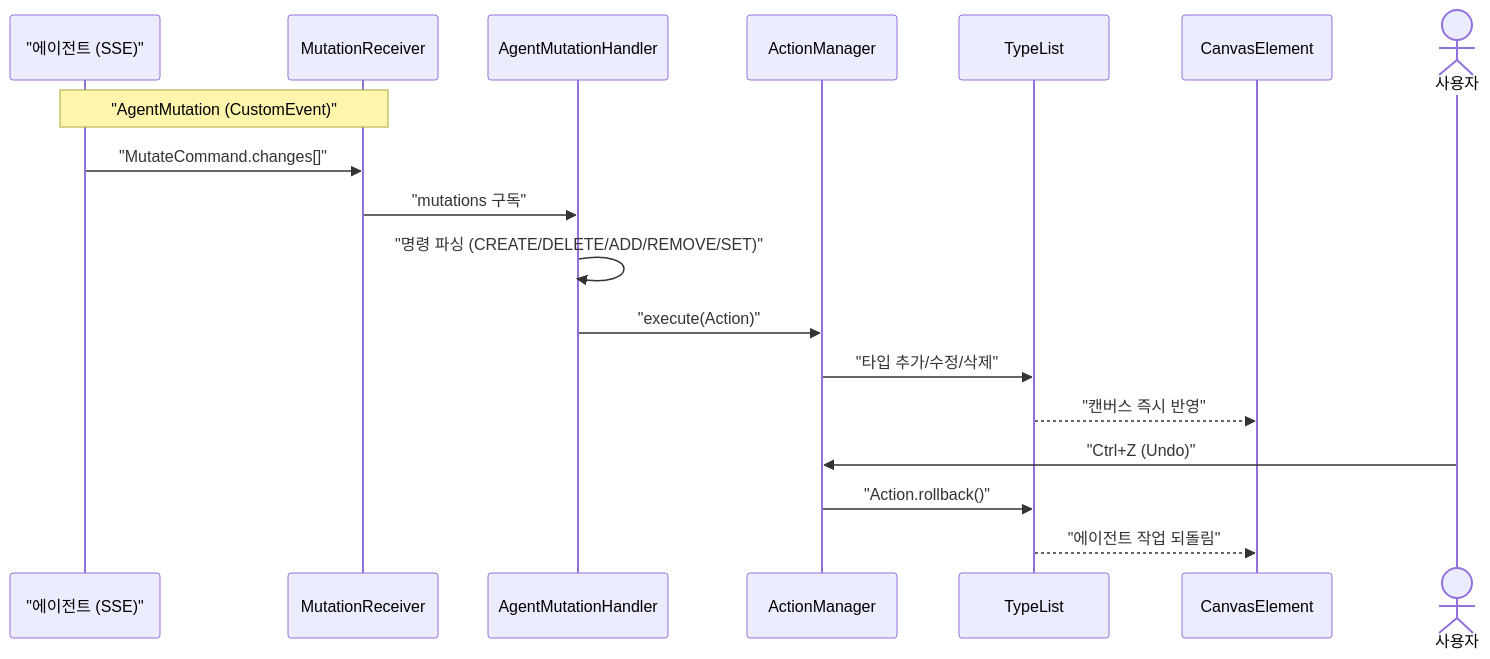
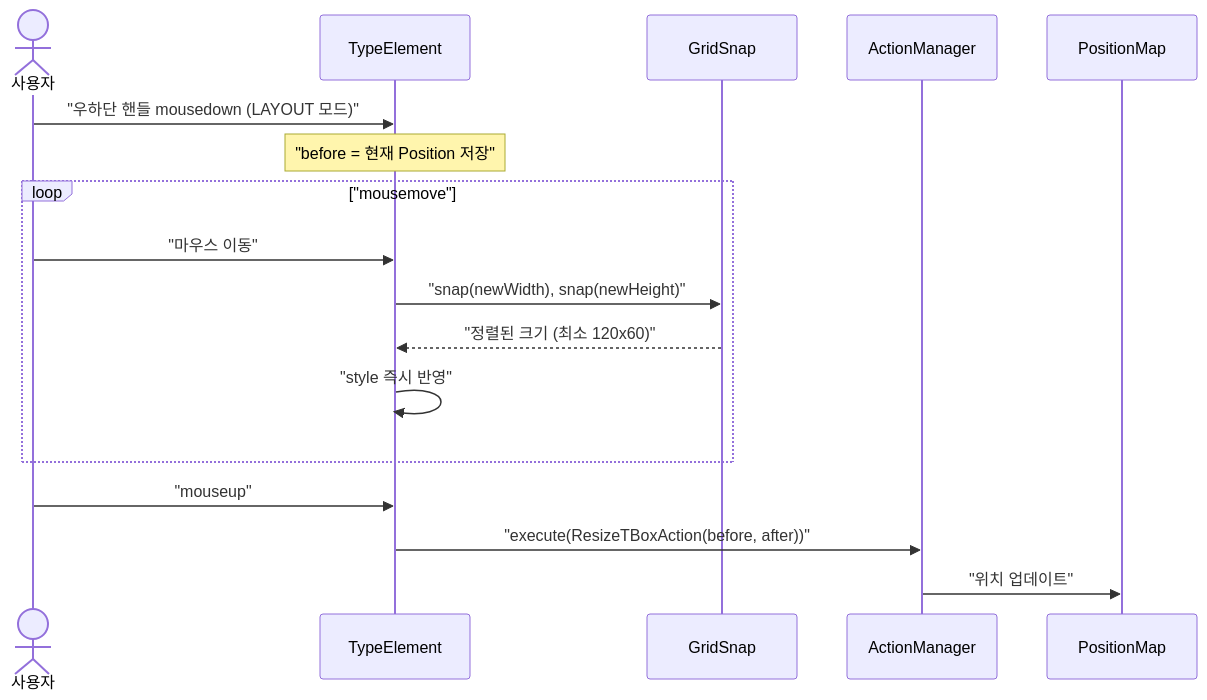
The ninth of 15 diagrams in type-ui/USECASE.md (sayaya1090/handbook), drawn with Mermaid before and after one commit. The commit also changed other lines of this file and 2 other files, not shown here.

Commit message:
docs: 유실되었던 상세 유스케이스 문서 전체 복구 (type-ui, agent-ui, document-ui)

````diff
--- a/type-ui/USECASE.md
+++ b/type-ui/USECASE.md
@@ -179,22 +241,20 @@
 ```mermaid
 sequenceDiagram
-    participant Agent as "에이전트 (SSE)"
-    participant MR as MutationReceiver
-    participant AMH as AgentMutationHandler
+    actor User as 사용자
+    participant TBox as TypeElement
+    participant Snap as GridSnap
     participant AM as ActionManager
-    participant TL as TypeList
-    participant Canvas as CanvasElement
+    participant PM as PositionMap
 
-    Note over Agent,MR: "AgentMutation (CustomEvent)"
-    Agent->>MR: "MutateCommand.changes[]"
-    MR->>AMH: "mutations 구독"
-    AMH->>AMH: "명령 파싱 (CREATE/DELETE/ADD/REMOVE/SET)"
-    AMH->>AM: "execute(Action)"
-    AM->>TL: "타입 추가/수정/삭제"
-    TL-->>Canvas: "캔버스 즉시 반영"
-
-    actor User as 사용자
-    User->>AM: "Ctrl+Z (Undo)"
-    AM->>TL: "Action.rollback()"
-    TL-->>Canvas: "에이전트 작업 되돌림"
+    User->>TBox: "우하단 핸들 mousedown (LAYOUT 모드)"
+    Note over TBox: "before = 현재 Position 저장"
+    loop "mousemove"
+        User->>TBox: "마우스 이동"
+        TBox->>Snap: "snap(newWidth), snap(newHeight)"
+        Snap-->>TBox: "정렬된 크기 (최소 120x60)"
+        TBox->>TBox: "style 즉시 반영"
+    end
+    User->>TBox: "mouseup"
+    TBox->>AM: "execute(ResizeTBoxAction(before, after))"
+    AM->>PM: "위치 업데이트"
 ```
````
